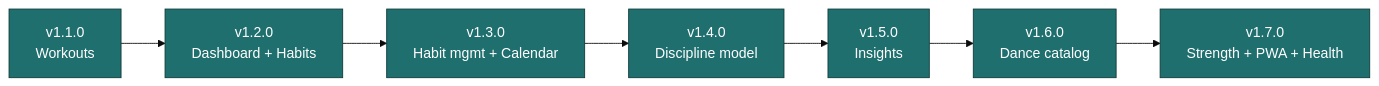
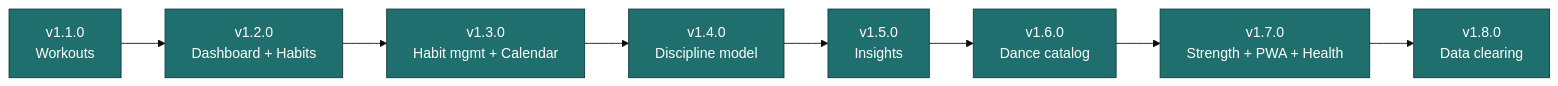
Before and after one commit to jermbo/CosmicWorkOut: the diagram in docs/features/README.md, drawn with Mermaid (base theme). The commit also changed other lines of this file and 17 other files, not shown here.

````diff
--- a/docs/features/README.md
+++ b/docs/features/README.md
@@ -21,12 +22,13 @@
 ```mermaid
 flowchart LR
     V11["v1.1.0<br/>Workouts"] --> V12["v1.2.0<br/>Dashboard + Habits"]
     V12 --> V13["v1.3.0<br/>Habit mgmt + Calendar"]
     V13 --> V14["v1.4.0<br/>Discipline model"]
     V14 --> V15["v1.5.0<br/>Insights"]
     V15 --> V16["v1.6.0<br/>Dance catalog"]
     V16 --> V17["v1.7.0<br/>Strength + PWA + Health"]
+    V17 --> V18["v1.8.0<br/>Data clearing"]
 
     classDef rel fill:#1f6f6f,stroke:#0f3a3a,color:#ffffff;
-    class V11,V12,V13,V14,V15,V16,V17 rel;
+    class V11,V12,V13,V14,V15,V16,V17,V18 rel;
 ```
````
